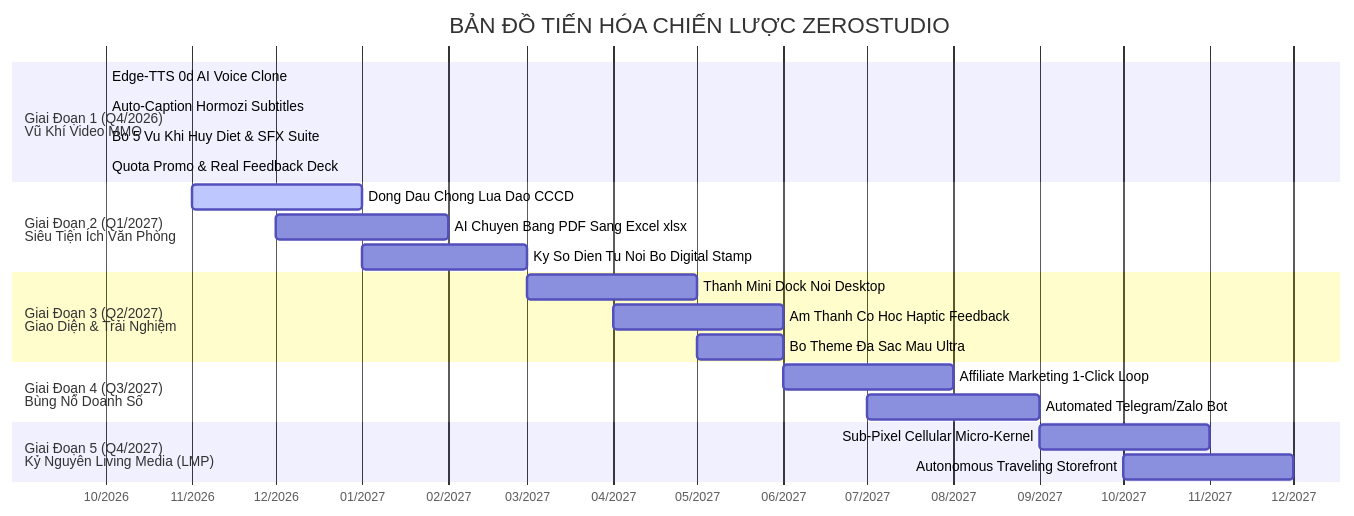
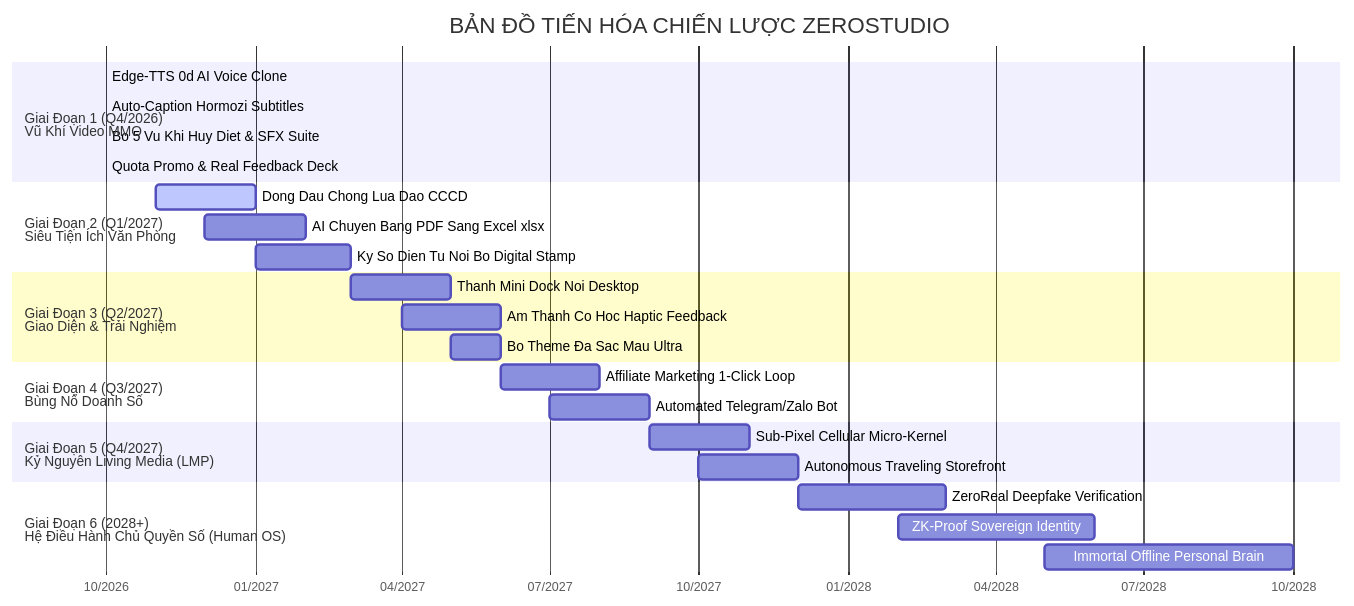
Before and after one commit to yungfishin/Zerostudio: the second of 2 diagrams in ZEROSTUDIO_MASTER_ARCHIVE_AND_ROADMAP.md, drawn with Mermaid. The commit also changed other lines of this file, not shown here.

Commit message:
docs: establish Sovereign Human OS (ZeroReal, ZK-Identity, Immortal Vault) as Phase 6 in master archive

````diff
--- a/ZEROSTUDIO_MASTER_ARCHIVE_AND_ROADMAP.md
+++ b/ZEROSTUDIO_MASTER_ARCHIVE_AND_ROADMAP.md
@@ -278,25 +279,29 @@
 ```mermaid
 gantt
     title BẢN ĐỒ TIẾN HÓA CHIẾN LƯỢC ZEROSTUDIO
     dateFormat  YYYY-MM
     axisFormat  %m/%Y
     section Giai Đoạn 1 (Q4/2026)<br>Vũ Khí Video MMO
         Edge-TTS 0d AI Voice Clone        :done, des1, 2026-10, 2026-10
         Auto-Caption Hormozi Subtitles    :done, des2, 2026-10, 2026-10
         Bo 5 Vu Khi Huy Diet & SFX Suite  :done, des3, 2026-10, 2026-10
         Quota Promo & Real Feedback Deck  :done, des4, 2026-10, 2026-10
     section Giai Đoạn 2 (Q1/2027)<br>Siêu Tiện Ích Văn Phòng
         Dong Dau Chong Lua Dao CCCD       :active, des5, 2026-11, 2027-01
         AI Chuyen Bang PDF Sang Excel xlsx :des6, 2026-12, 2027-02
         Ky So Dien Tu Noi Bo Digital Stamp :des7, 2027-01, 2027-03
     section Giai Đoạn 3 (Q2/2027)<br>Giao Diện & Trải Nghiệm
         Thanh Mini Dock Noi Desktop       :des8, 2027-03, 2027-05
         Am Thanh Co Hoc Haptic Feedback    :des9, 2027-04, 2027-06
         Bo Theme Đa Sac Mau Ultra         :des10, 2027-05, 2027-06
     section Giai Đoạn 4 (Q3/2027)<br>Bùng Nổ Doanh Số
         Affiliate Marketing 1-Click Loop  :des11, 2027-06, 2027-08
         Automated Telegram/Zalo Bot       :des12, 2027-07, 2027-09
     section Giai Đoạn 5 (Q4/2027)<br>Kỷ Nguyên Living Media (LMP)
         Sub-Pixel Cellular Micro-Kernel   :des13, 2027-09, 2027-11
         Autonomous Traveling Storefront   :des14, 2027-10, 2027-12
+    section Giai Đoạn 6 (2028+)<br>Hệ Điều Hành Chủ Quyền Số (Human OS)
+        ZeroReal Deepfake Verification    :des15, 2027-12, 2028-03
+        ZK-Proof Sovereign Identity       :des16, 2028-02, 2028-06
+        Immortal Offline Personal Brain   :des17, 2028-05, 2028-10
 ```
````
